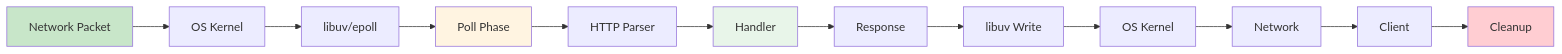
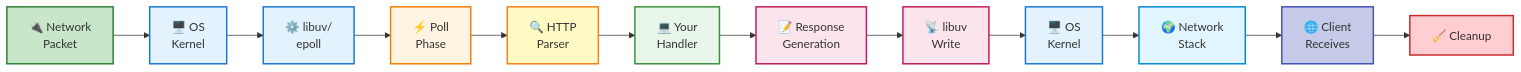
Before and after one commit to rkgiitkgp/study-material: the second of 9 diagrams in Nodejs/http-request-lifecycle-diagram.md, drawn with Mermaid. The commit also changed other lines of this file and 1 other file, not shown here.

Commit message:
beautify mermaid flow diagram http request cycle

````diff
--- a/Nodejs/http-request-lifecycle-diagram.md
+++ b/Nodejs/http-request-lifecycle-diagram.md
@@ -59,19 +62,27 @@
 ```mermaid
 flowchart LR
-    A[Network Packet] --> B[OS Kernel]
-    B --> C[libuv/epoll]
-    C --> D[Poll Phase]
-    D --> E[HTTP Parser]
-    E --> F[Handler]
-    F --> G[Response]
-    G --> H[libuv Write]
-    H --> I[OS Kernel]
-    I --> J[Network]
-    J --> K[Client]
-    K --> L[Cleanup]
+    A["🔌 Network<br/>Packet"] --> B["🖥️ OS<br/>Kernel"]
+    B --> C["⚙️ libuv/<br/>epoll"]
+    C --> D["⚡ Poll<br/>Phase"]
+    D --> E["🔍 HTTP<br/>Parser"]
+    E --> F["💻 Your<br/>Handler"]
+    F --> G["📝 Response<br/>Generation"]
+    G --> H["📡 libuv<br/>Write"]
+    H --> I["🖥️ OS<br/>Kernel"]
+    I --> J["🌍 Network<br/>Stack"]
+    J --> K["🌐 Client<br/>Receives"]
+    K --> L["🧹 Cleanup"]
     
-    style A fill:#c8e6c9
-    style D fill:#fff4e1
-    style F fill:#e8f5e9
-    style L fill:#ffcdd2
+    style A fill:#c8e6c9,stroke:#2e7d32,stroke-width:2px
+    style D fill:#fff4e1,stroke:#f57c00,stroke-width:2px
+    style F fill:#e8f5e9,stroke:#388e3c,stroke-width:2px
+    style L fill:#ffcdd2,stroke:#c62828,stroke-width:2px
+    style B fill:#e3f2fd,stroke:#1976d2,stroke-width:2px
+    style C fill:#e3f2fd,stroke:#1976d2,stroke-width:2px
+    style E fill:#fff9c4,stroke:#f57f17,stroke-width:2px
+    style G fill:#fce4ec,stroke:#c2185b,stroke-width:2px
+    style H fill:#fce4ec,stroke:#c2185b,stroke-width:2px
+    style I fill:#e3f2fd,stroke:#1976d2,stroke-width:2px
+    style J fill:#e1f5fe,stroke:#0288d1,stroke-width:2px
+    style K fill:#c5cae9,stroke:#3f51b5,stroke-width:2px
 ```
````
